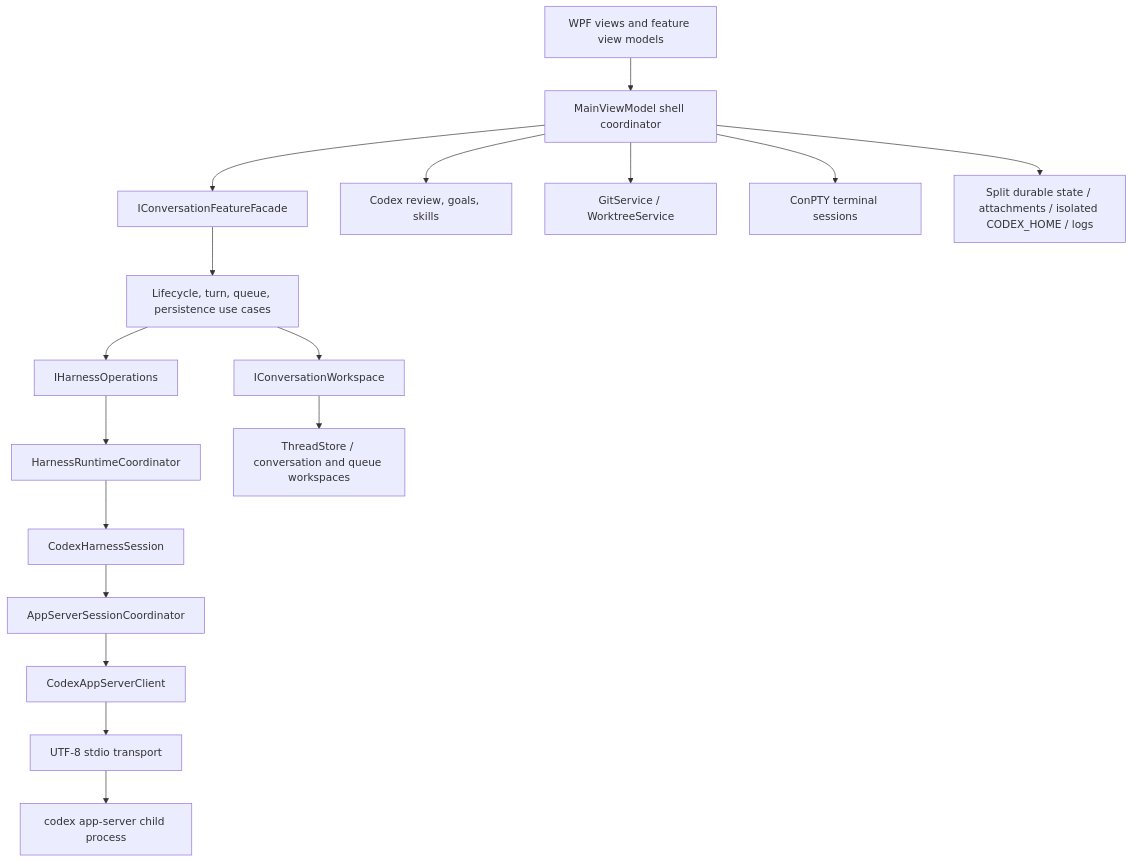
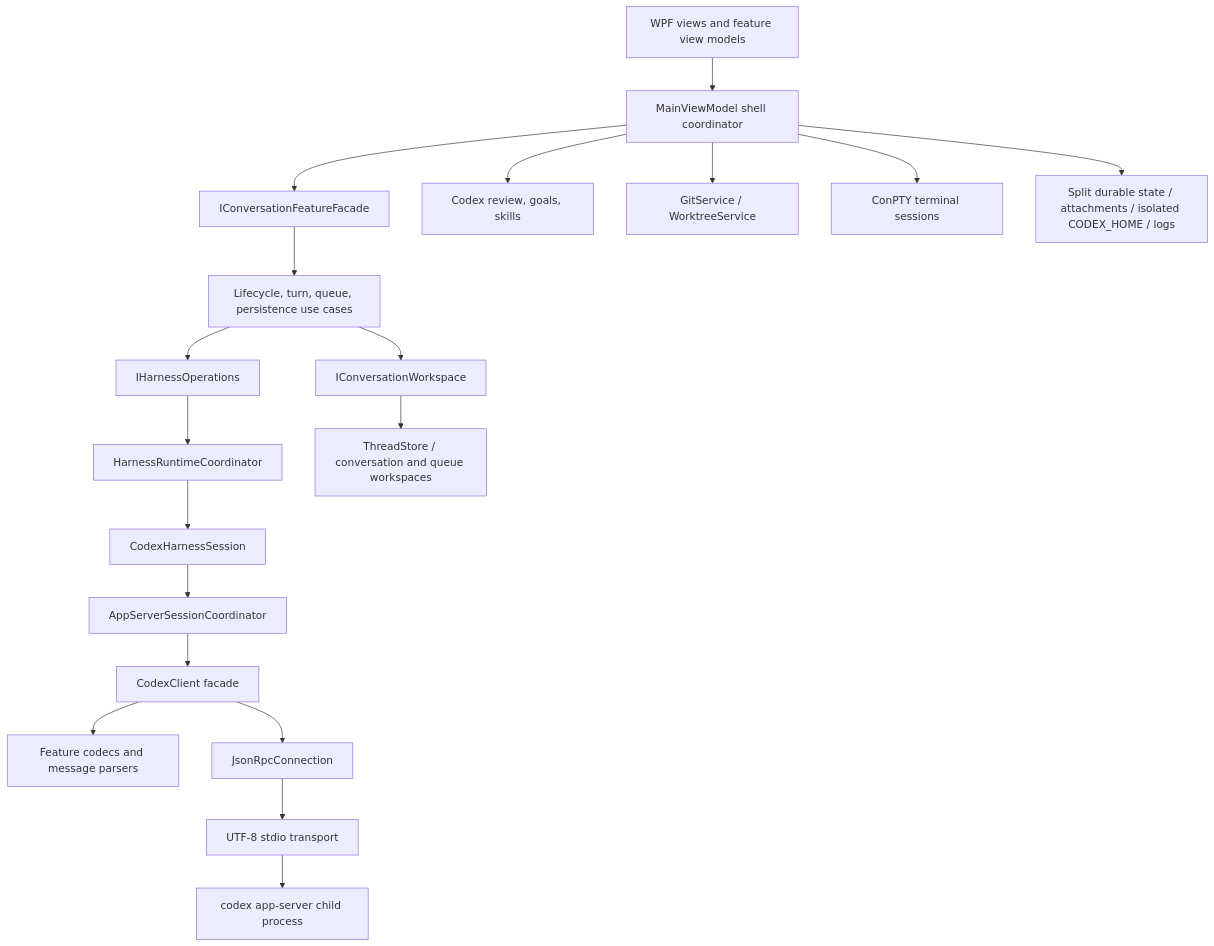
The second of 4 diagrams in docs/current-architecture.md (Scorpinaus/SynthiaCodex), drawn with Mermaid before and after one commit. The commit also changed other lines of this file and 110 other files, not shown here.

````diff
--- a/docs/current-architecture.md
+++ b/docs/current-architecture.md
@@ -48,19 +48,21 @@
 ```mermaid
 flowchart TB
     UI["WPF views and feature view models"] --> Shell["MainViewModel shell coordinator"]
     Shell --> Facade["IConversationFeatureFacade"]
     Facade --> UseCases["Lifecycle, turn, queue, persistence use cases"]
     UseCases --> Workspace["IConversationWorkspace"]
     UseCases --> HarnessOps["IHarnessOperations"]
     HarnessOps --> Runtime["HarnessRuntimeCoordinator"]
     Runtime --> CodexAdapter["CodexHarnessSession"]
     CodexAdapter --> Session["AppServerSessionCoordinator"]
-    Session --> Client["CodexAppServerClient"]
-    Client --> Transport["UTF-8 stdio transport"]
+    Session --> Client["CodexClient facade"]
+    Client --> Codecs["Feature codecs and message parsers"]
+    Client --> Rpc["JsonRpcConnection"]
+    Rpc --> Transport["UTF-8 stdio transport"]
     Transport --> Codex["codex app-server child process"]
     Workspace --> State["ThreadStore / conversation and queue workspaces"]
     Shell --> SideFeatures["Codex review, goals, skills"]
     Shell --> Git["GitService / WorktreeService"]
     Shell --> Terminal["ConPTY terminal sessions"]
     Shell --> Storage["Split durable state / attachments / isolated CODEX_HOME / logs"]
 ```
````
